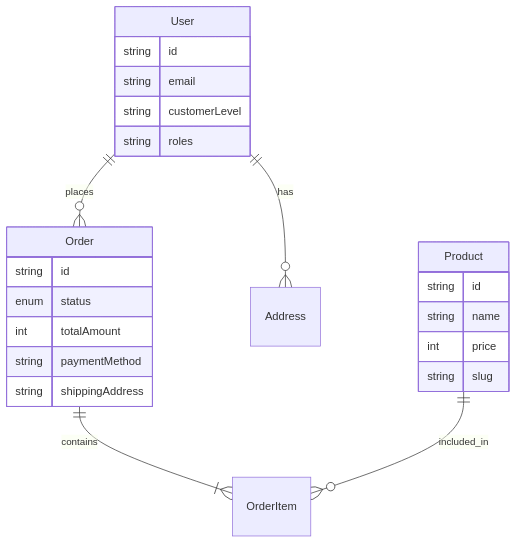
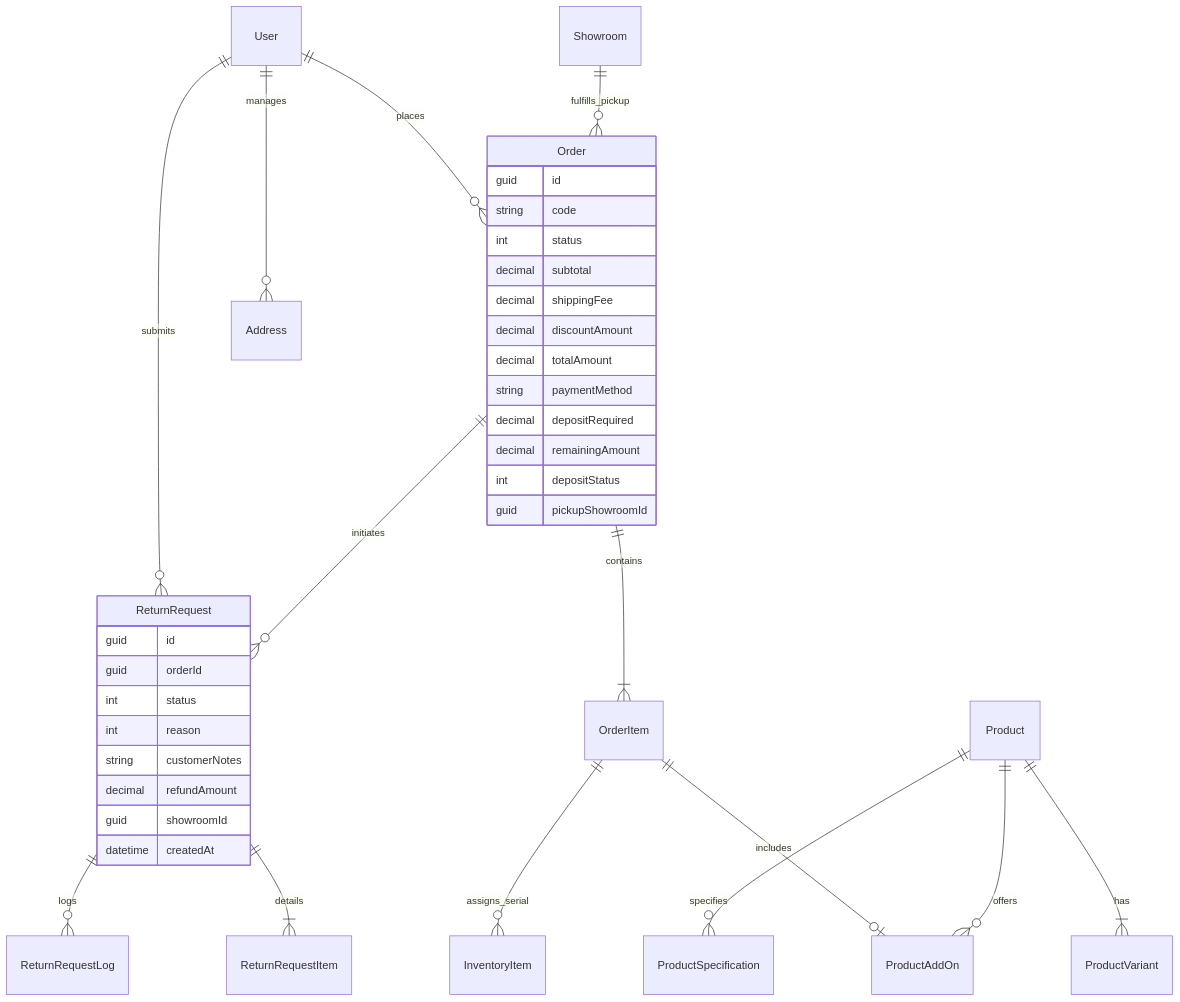
The diagram in apps/frontend/ecommerce-client/docs/business-analysis.md (lenam2809/ecommerce), drawn with Mermaid before and after one commit. The commit also changed other lines of this file and 2 other files, not shown here.

Commit message:
docs(client): update client architecture, business analysis and test checklist

````diff
--- a/apps/frontend/ecommerce-client/docs/business-analysis.md
+++ b/apps/frontend/ecommerce-client/docs/business-analysis.md
@@ -75,26 +145,42 @@
 ```mermaid
 erDiagram
     User ||--o{ Order : places
-    User ||--o{ Address : has
+    User ||--o{ Address : manages
+    User ||--o{ ReturnRequest : submits
+    Showroom ||--o{ Order : fulfills_pickup
     Order ||--|{ OrderItem : contains
-    Product ||--o{ OrderItem : included_in
-    User {
-        string id
-        string email
-        string customerLevel
-        string roles
+    OrderItem ||--o| ProductAddOn : includes
+    Product ||--|{ ProductVariant : has
+    Product ||--o{ ProductAddOn : offers
+    Product ||--o{ ProductSpecification : specifies
+    OrderItem ||--o{ InventoryItem : assigns_serial
+    Order ||--o{ ReturnRequest : initiates
+    ReturnRequest ||--|{ ReturnRequestItem : details
+    ReturnRequest ||--o{ ReturnRequestLog : logs
+
+    Order {
+        guid id
+        string code
+        int status
+        decimal subtotal
+        decimal shippingFee
+        decimal discountAmount
+        decimal totalAmount
+        string paymentMethod
+        decimal depositRequired
+        decimal remainingAmount
+        int depositStatus
+        guid pickupShowroomId
     }
-    Order {
-        string id
-        enum status
-        int totalAmount
-        string paymentMethod
-        string shippingAddress
-    }
-    Product {
-        string id
-        string name
-        int price
-        string slug
+
+    ReturnRequest {
+        guid id
+        guid orderId
+        int status
+        int reason
+        string customerNotes
+        decimal refundAmount
+        guid showroomId
+        datetime createdAt
     }
 ```
````
